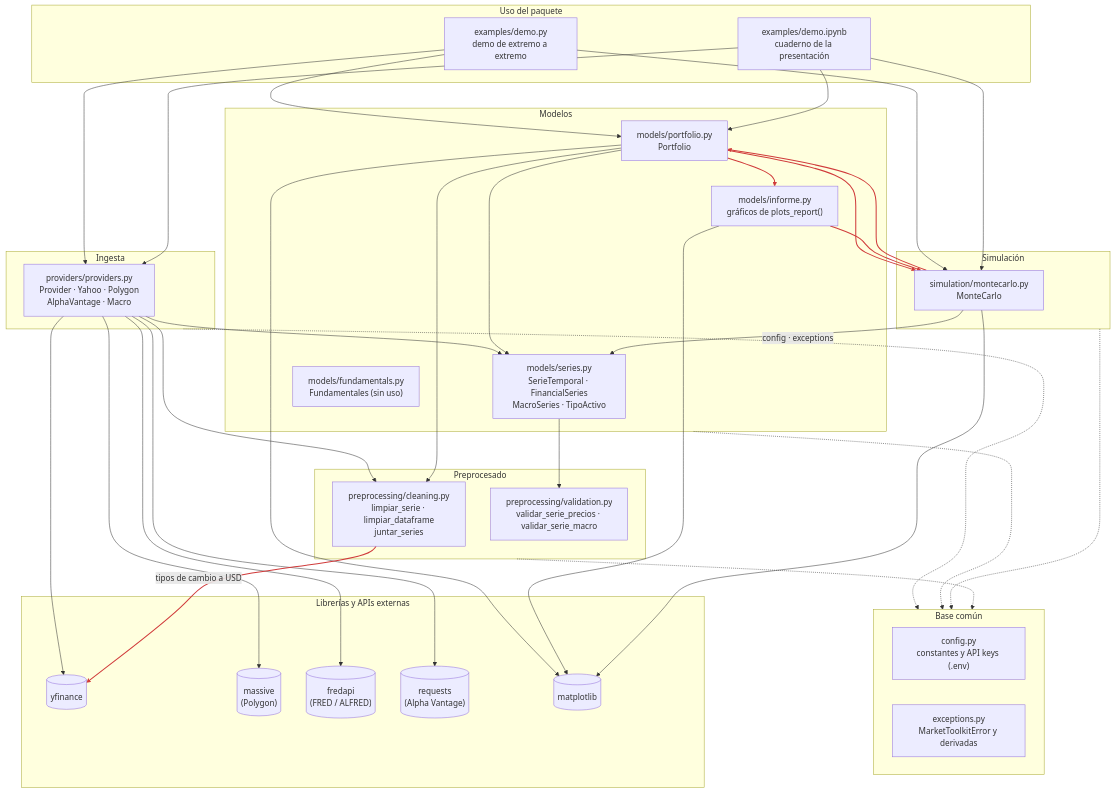
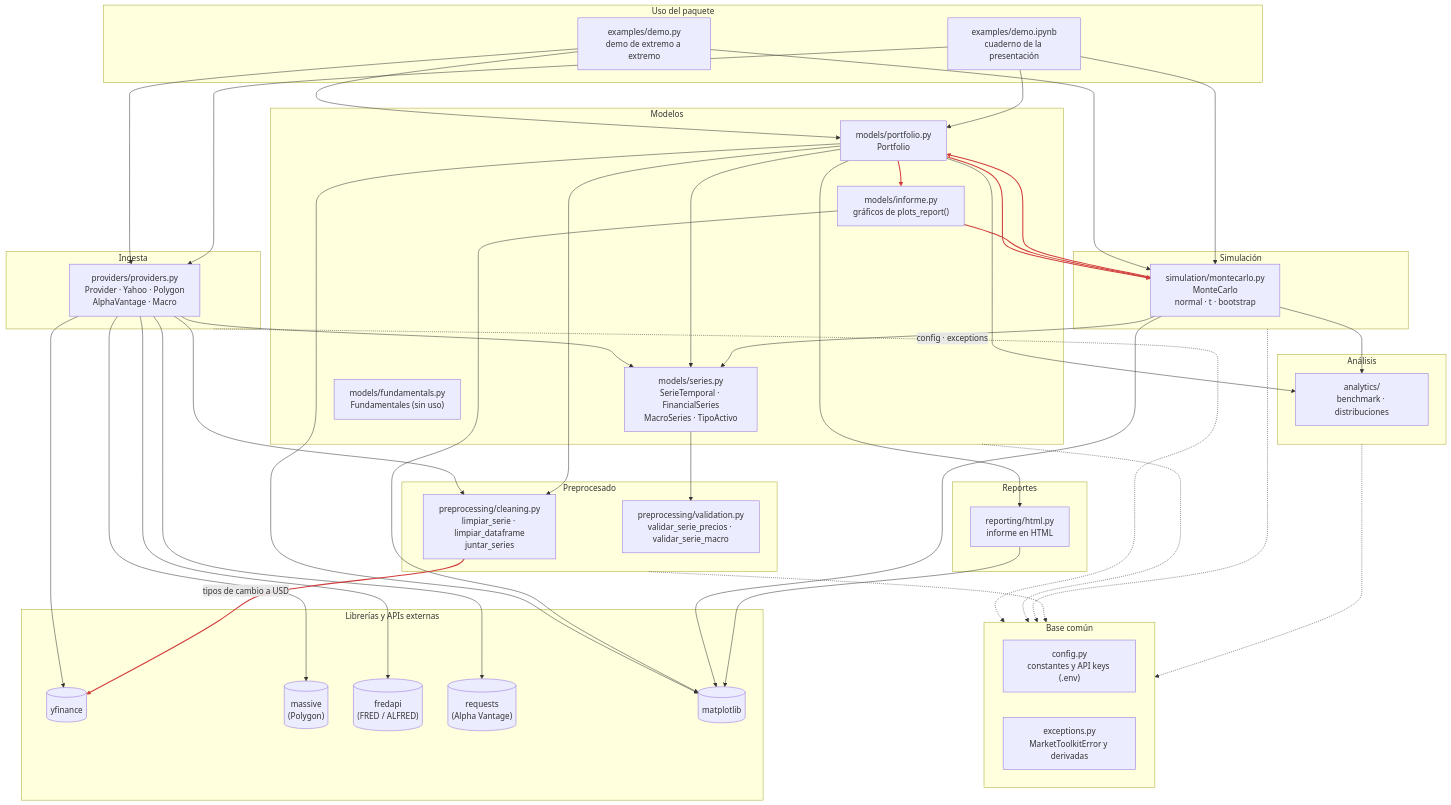
The diagram in docs/architecture/diagramas/dependencias_actual.mmd (JAVIIFDEEZ/market-toolkit), drawn with Mermaid before and after one commit. The commit also changed 38 other files, not shown here.

Commit message:
0.3.6. (feat): Informe HTML, Monte Carlo con t de Student, comparación con índice e interfaz web. Corrige report() con rebalanceos en días sin sesión.

```diff
--- a/docs/architecture/diagramas/dependencias_actual.mmd
+++ b/docs/architecture/diagramas/dependencias_actual.mmd
@@ -1,80 +1,93 @@
 flowchart TB
     subgraph uso["Uso del paquete"]
         demo["examples/demo.py<br/>demo de extremo a extremo"]
         notebook["examples/demo.ipynb<br/>cuaderno de la presentación"]
     end
 
     subgraph ingesta["Ingesta"]
         providers["providers/providers.py<br/>Provider · Yahoo · Polygon<br/>AlphaVantage · Macro"]
     end
 
     subgraph modelos["Modelos"]
         portfolio["models/portfolio.py<br/>Portfolio"]
         informe["models/informe.py<br/>gráficos de plots_report()"]
         series["models/series.py<br/>SerieTemporal · FinancialSeries<br/>MacroSeries · TipoActivo"]
         fundamentals["models/fundamentals.py<br/>Fundamentales (sin uso)"]
     end
 
     subgraph sim["Simulación"]
-        montecarlo["simulation/montecarlo.py<br/>MonteCarlo"]
+        montecarlo["simulation/montecarlo.py<br/>MonteCarlo<br/>normal · t · bootstrap"]
+    end
+
+    subgraph analisis["Análisis"]
+        analytics["analytics/<br/>benchmark · distribuciones"]
+    end
+
+    subgraph salida["Reportes"]
+        reporting["reporting/html.py<br/>informe en HTML"]
     end
 
     subgraph prep["Preprocesado"]
         cleaning["preprocessing/cleaning.py<br/>limpiar_serie · limpiar_dataframe<br/>juntar_series"]
         validation["preprocessing/validation.py<br/>validar_serie_precios · validar_serie_macro"]
     end
 
     subgraph base["Base común"]
         config["config.py<br/>constantes y API keys (.env)"]
         exceptions["exceptions.py<br/>MarketToolkitError y derivadas"]
     end
 
     subgraph externas["Librerías y APIs externas"]
         yf[("yfinance")]
         massive[("massive<br/>(Polygon)")]
         fredapi[("fredapi<br/>(FRED / ALFRED)")]
         req[("requests<br/>(Alpha Vantage)")]
         mpl[("matplotlib")]
     end
 
     %% Uso
     demo --> providers
     demo --> portfolio
     demo --> montecarlo
     notebook --> providers
     notebook --> portfolio
     notebook --> montecarlo
 
     %% Ingesta
     providers --> series
     providers --> cleaning
     providers --> yf
     providers --> massive
     providers --> fredapi
     providers --> req
 
     %% Modelos y simulación (las tres primeras forman un ciclo)
     portfolio --> montecarlo
     montecarlo --> portfolio
     informe --> montecarlo
     portfolio --> informe
     portfolio --> series
     portfolio --> cleaning
     montecarlo --> series
     series --> validation
+    portfolio --> analytics
+    portfolio --> reporting
+    montecarlo --> analytics
 
     %% Gráficos
     portfolio --> mpl
     informe --> mpl
     montecarlo --> mpl
+    reporting --> mpl
 
     %% Acoplamiento del preprocesado con una fuente de datos
     cleaning -- "tipos de cambio a USD" --> yf
 
     %% Base común: la pueden usar todas las capas
     ingesta -. "config · exceptions" .-> base
     modelos -.-> base
     sim -.-> base
     prep -.-> base
+    analisis -.-> base
 
-    linkStyle 12,13,14,15,23 stroke:#d03b3b,stroke-width:2px
+    linkStyle 12,13,14,15,27 stroke:#d03b3b,stroke-width:2px
```
